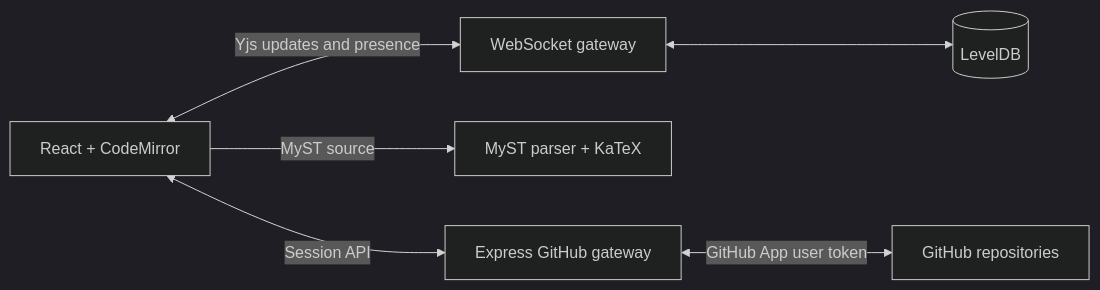
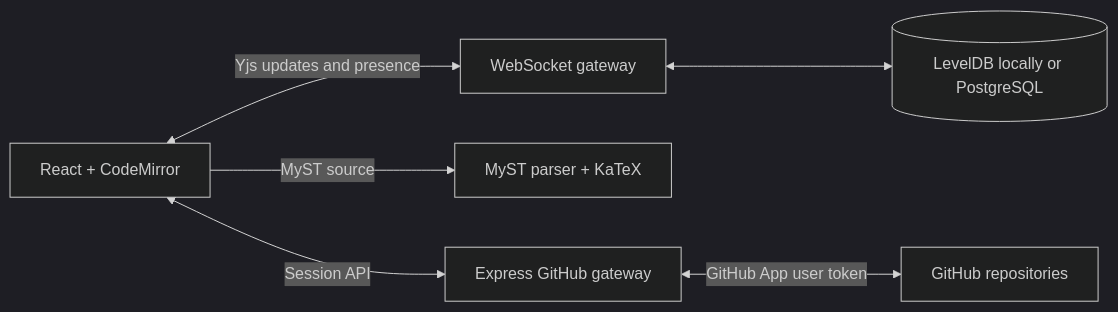
Before and after one commit to AllenNeuralDynamics/demystify: the diagram in README.md, drawn with Mermaid (dark theme). The commit also changed other lines of this file and 21 other files, not shown here.

Commit message:
Add PostgreSQL persistence and Cloud Run packaging

````diff
--- a/README.md
+++ b/README.md
@@ -83,8 +83,8 @@
 ```mermaid
 flowchart LR
   A[React + CodeMirror] <-->|Yjs updates and presence| B[WebSocket gateway]
   A -->|MyST source| C[MyST parser + KaTeX]
-  B <--> D[(LevelDB)]
+  B <--> D[(LevelDB locally or PostgreSQL)]
   A <-->|Session API| E[Express GitHub gateway]
   E <-->|GitHub App user token| F[GitHub repositories]
 ```
````
